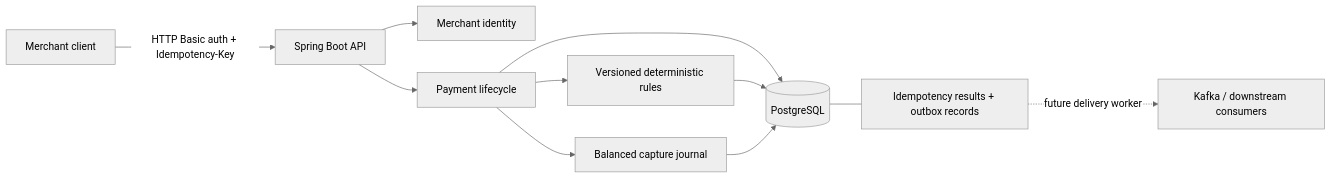
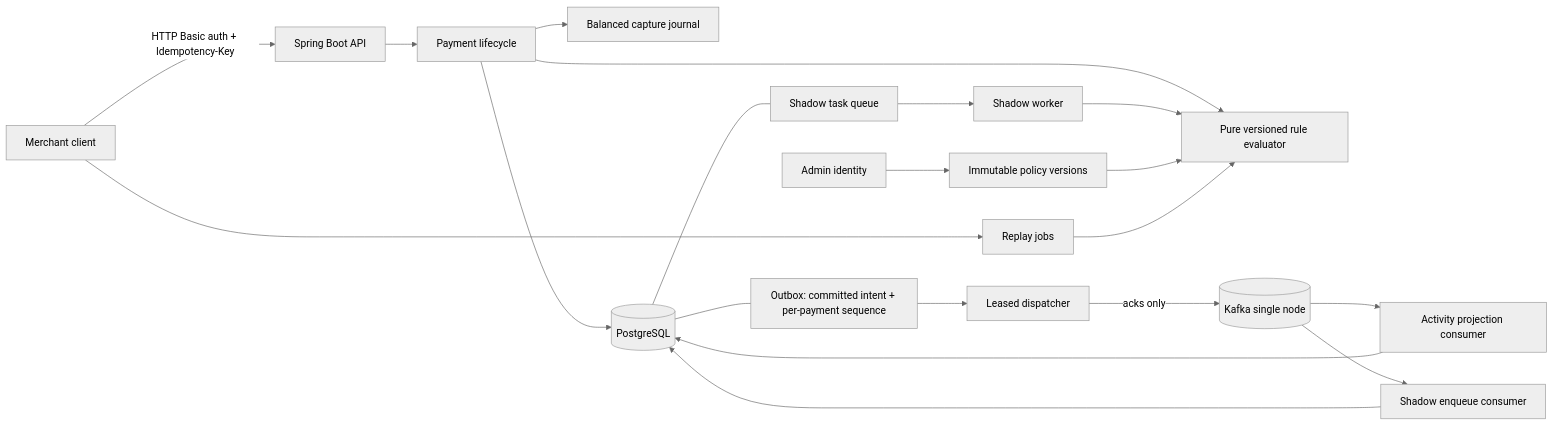
Before and after one commit to beaprogram/Decision-Rail: the diagram in docs/architecture.md, drawn with Mermaid (neutral theme). The commit also changed other lines of this file and 12 other files, not shown here.

First line of the commit message:
Document delivery guarantees, replay snapshots, and degradation; add an asynchronous demo

````diff
--- a/docs/architecture.md
+++ b/docs/architecture.md
@@ -7,13 +7,23 @@
 ```mermaid
 flowchart LR
     Caller[Merchant client] -->|HTTP Basic auth + Idempotency-Key| API[Spring Boot API]
-    API --> Identity[Merchant identity]
     API --> Payments[Payment lifecycle]
-    Payments --> Rules[Versioned deterministic rules]
+    Payments --> Rules[Pure versioned rule evaluator]
     Payments --> Ledger[Balanced capture journal]
     Payments --> DB[(PostgreSQL)]
-    Rules --> DB
-    Ledger --> DB
-    DB --- Durable[Idempotency results + outbox records]
-    Durable -. future delivery worker .-> Broker[Kafka / downstream consumers]
+
+    DB --- Outbox[Outbox: committed intent + per-payment sequence]
+    Outbox --> Dispatcher[Leased dispatcher]
+    Dispatcher -->|acks only| Broker[(Kafka single node)]
+    Broker --> Projection[Activity projection consumer]
+    Broker --> ShadowQueue[Shadow enqueue consumer]
+    Projection --> DB
+    ShadowQueue --> DB
+    DB --- ShadowWork[Shadow task queue]
+    ShadowWork --> ShadowWorker[Shadow worker]
+    ShadowWorker --> Rules
+    Admin[Admin identity] --> Policies[Immutable policy versions]
+    Policies --> Rules
+    Caller --> Replay[Replay jobs]
+    Replay --> Rules
 ```
````
